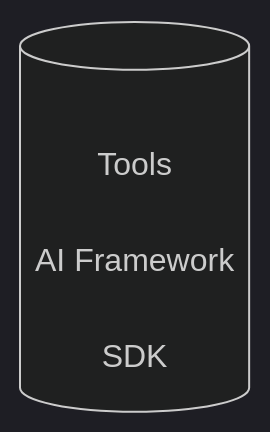
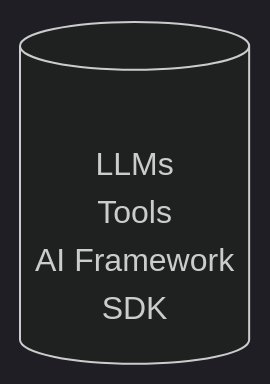
The diagram in oEEP/oEEP-0014 openEuler AI容器镜像软件栈规范.md (openeuler-mirror/TC), drawn with Mermaid (dark theme) before and after one commit. The commit also changed other lines of this file and 2 other files, not shown here.

````diff
--- a/oEEP/oEEP-0014 openEuler AI容器镜像软件栈规范.md
+++ b/oEEP/oEEP-0014 openEuler AI容器镜像软件栈规范.md
@@ -28,4 +30,4 @@
 ```mermaid
-graph TB;
-A[(<br>Tools <br><br> AI Framework <br><br> SDK)]
+graph LR;
+A[(<br> LLMs <br> Tools <br> AI Framework <br> SDK)]
 ```
````
